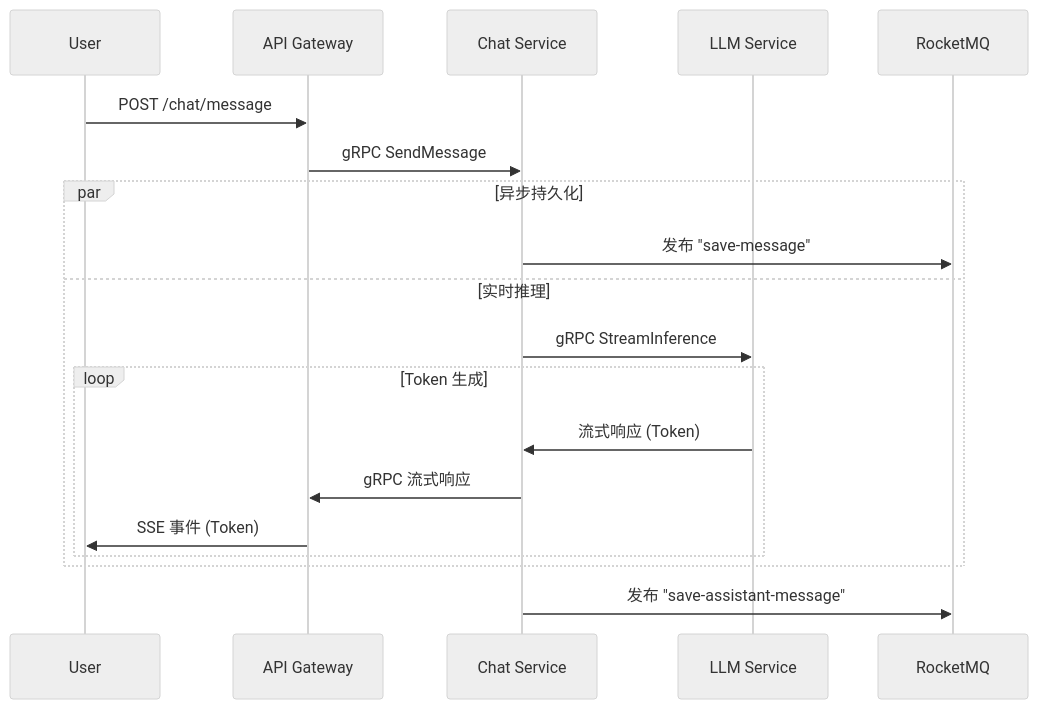
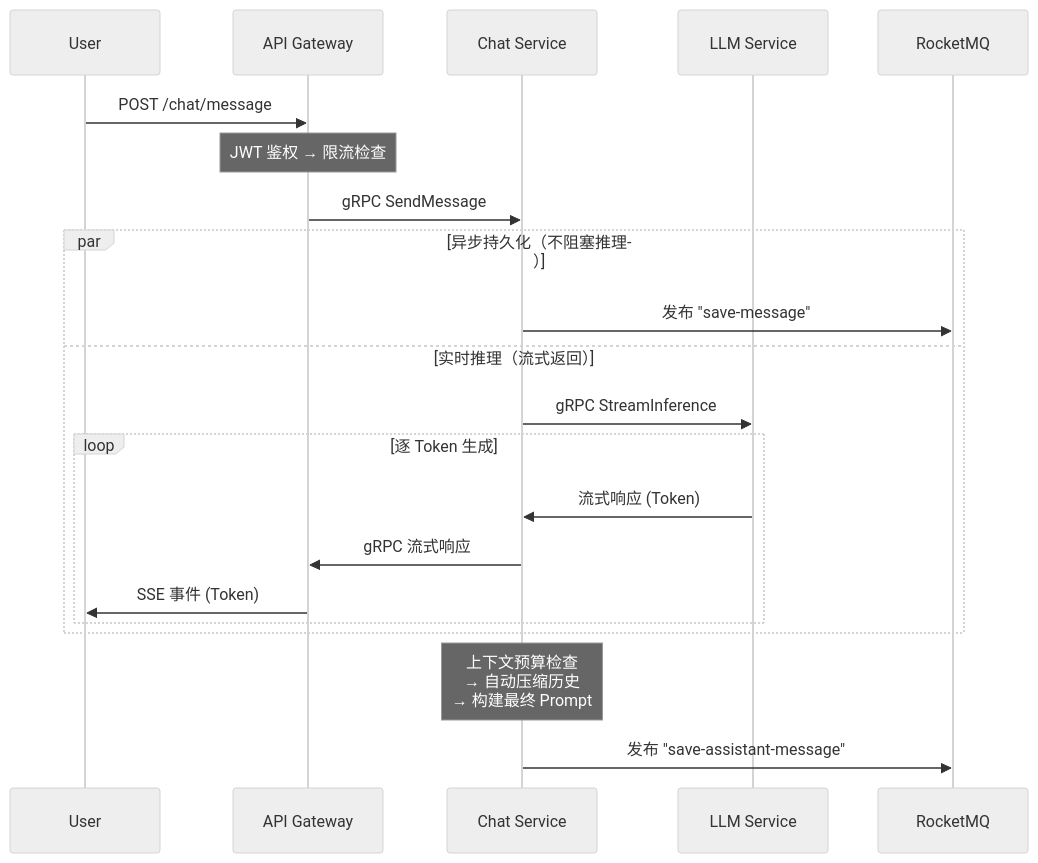
Before and after one commit to Einspanner123/free-chat: the third of 3 diagrams in README_CN.md, drawn with Mermaid (neutral theme). The commit also changed other lines of this file and 1 other file, not shown here.

First line of the commit message:
docs: rewrite README from product and architecture perspective

````diff
--- a/README_CN.md
+++ b/README_CN.md
@@ -39,25 +162,29 @@
 ```mermaid
 sequenceDiagram
     participant U as User
     participant G as API Gateway
     participant C as Chat Service
     participant L as LLM Service
     participant M as RocketMQ
     
     U->>G: POST /chat/message
+    
+    Note over G: JWT 鉴权 → 限流检查
     G->>C: gRPC SendMessage
     
-    par 异步持久化
+    par 异步持久化（不阻塞推理）
         C->>M: 发布 "save-message"
-    and 实时推理
+    and 实时推理（流式返回）
         C->>L: gRPC StreamInference
         
-        loop Token 生成
+        loop 逐 Token 生成
             L->>C: 流式响应 (Token)
             C->>G: gRPC 流式响应
             G->>U: SSE 事件 (Token)
         end
     end
     
+    Note over C: 上下文预算检查<br/>→ 自动压缩历史<br/>→ 构建最终 Prompt
+    
     C->>M: 发布 "save-assistant-message"
 ```
````
